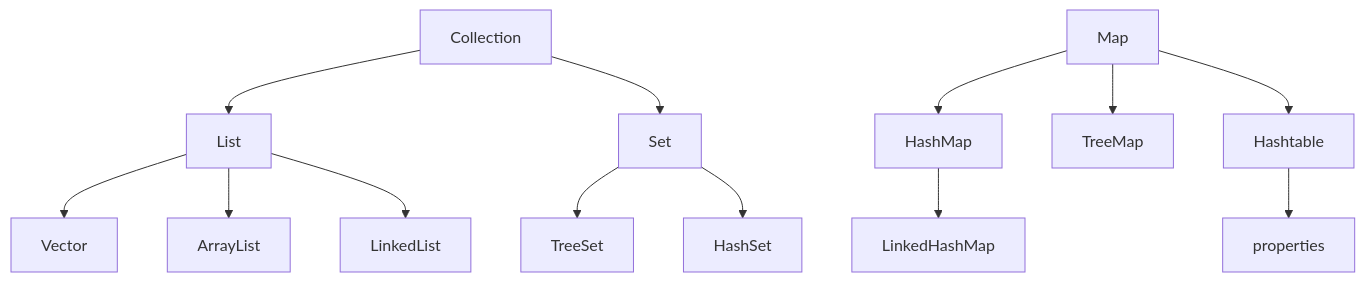
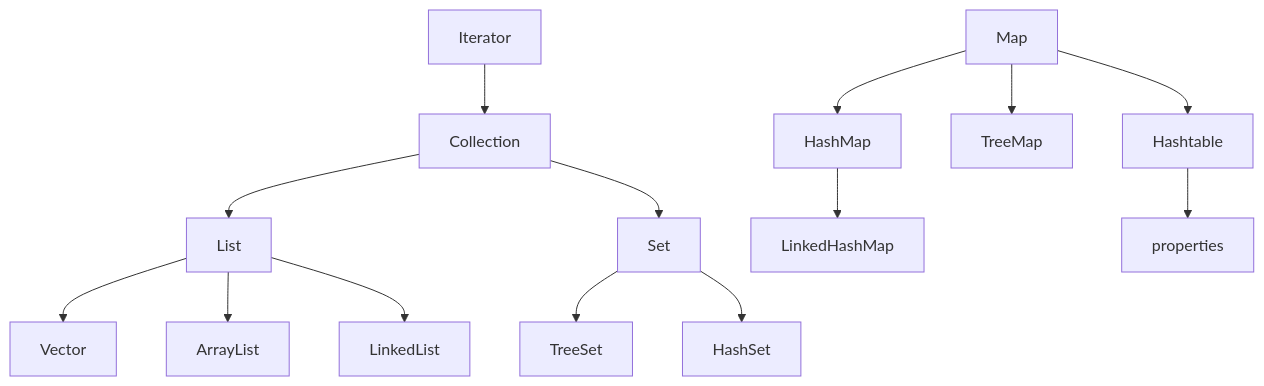
The diagram in docs/md/Java.md (shenxingchao/sxc-doc), drawn with Mermaid before and after one commit. The commit also changed other lines of this file, not shown here.

````diff
--- a/docs/md/Java.md
+++ b/docs/md/Java.md
@@ -1703,15 +1705,16 @@
 ```mermaid
 graph TB;
+    Iterator --> Collection
     Collection --> List
         List --> Vector
         List --> ArrayList
         List --> LinkedList
     Collection --> Set
         Set --> TreeSet
         Set --> HashSet
     Map --> HashMap
         HashMap --> LinkedHashMap
     Map --> TreeMap
     Map --> Hashtable
         Hashtable --> properties
 ```
````
